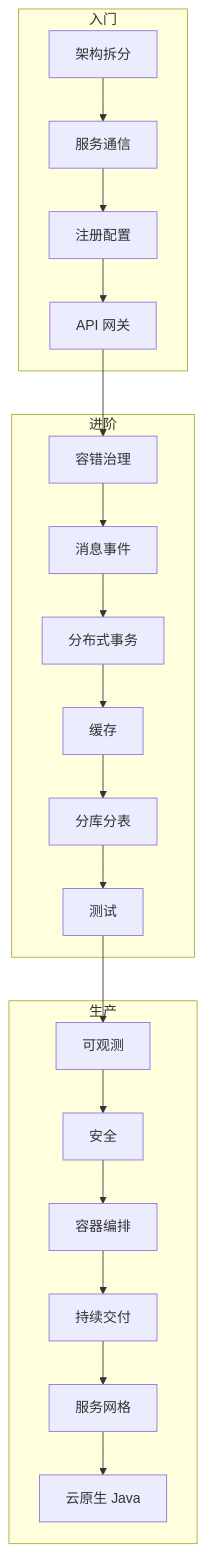
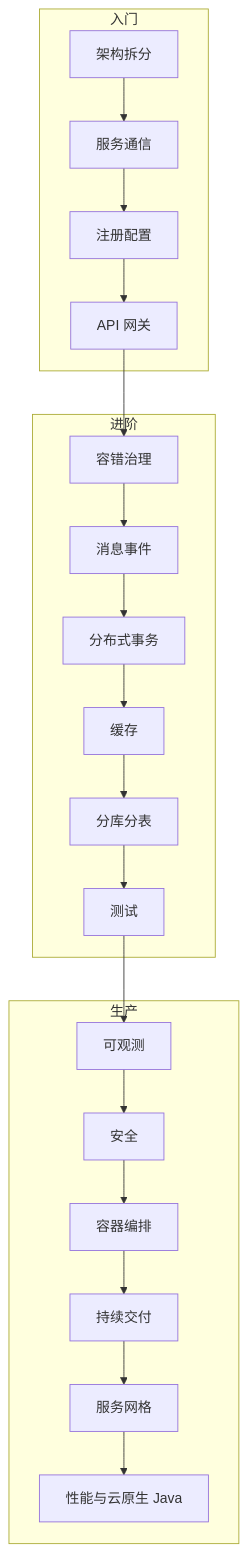
Before and after one commit to huangyongliang/tech-notes: the diagram in topics/microservices/README.md, drawn with Mermaid. The commit also changed other lines of this file and 4 other files, not shown here.

````diff
--- a/topics/microservices/README.md
+++ b/topics/microservices/README.md
@@ -9,16 +9,16 @@
 ```mermaid
 flowchart TD
   subgraph 入门
     A[架构拆分] --> B[服务通信] --> C[注册配置] --> D[API 网关]
   end
   subgraph 进阶
     E[容错治理] --> F[消息事件] --> G[分布式事务]
     G --> H[缓存] --> I[分库分表] --> J[测试]
   end
   subgraph 生产
     K[可观测] --> L[安全] --> M[容器编排]
-    M --> N[持续交付] --> O[服务网格] --> P[云原生 Java]
+    M --> N[持续交付] --> O[服务网格] --> P[性能与云原生 Java]
   end
   D --> E
   J --> K
 ```
````
